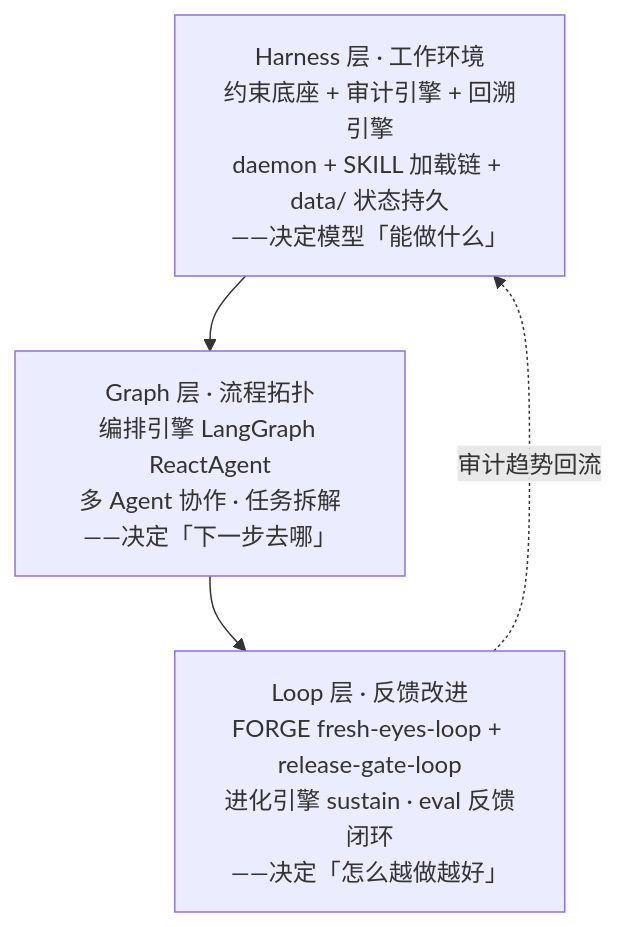
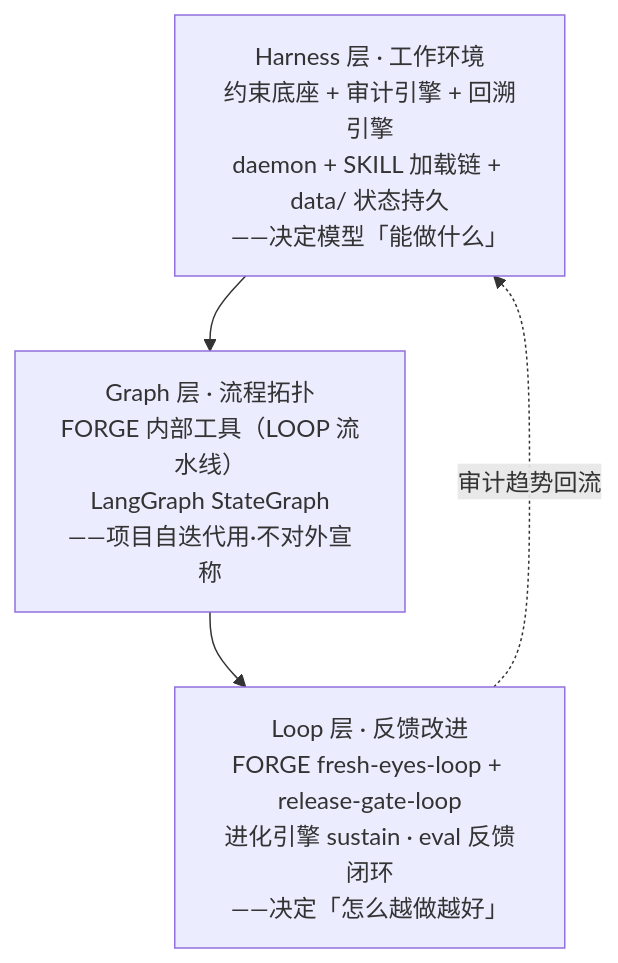
Before and after one commit to KongFangXun/sofagent: the second of 6 diagrams in docs/ARCHITECTURE.md, drawn with Mermaid. The commit also changed other lines of this file and 28 other files, not shown here.

````diff
--- a/docs/ARCHITECTURE.md
+++ b/docs/ARCHITECTURE.md
@@ -22,7 +22,7 @@
 ```mermaid
 graph TD
     H[Harness 层 · 工作环境<br/>约束底座 + 审计引擎 + 回溯引擎<br/>daemon + SKILL 加载链 + data/ 状态持久<br/>——决定模型「能做什么」]
-    H --> G[Graph 层 · 流程拓扑<br/>编排引擎 LangGraph ReactAgent<br/>多 Agent 协作 · 任务拆解<br/>——决定「下一步去哪」]
+    H --> G[Graph 层 · 流程拓扑<br/>FORGE 内部工具（LOOP 流水线）<br/>LangGraph StateGraph<br/>——项目自迭代用·不对外宣称]
     G --> L[Loop 层 · 反馈改进<br/>FORGE fresh-eyes-loop + release-gate-loop<br/>进化引擎 sustain · eval 反馈闭环<br/>——决定「怎么越做越好」]
     L -.->|审计趋势回流| H
 ```
````
